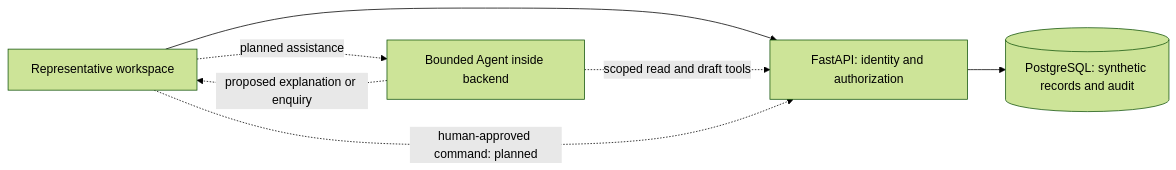
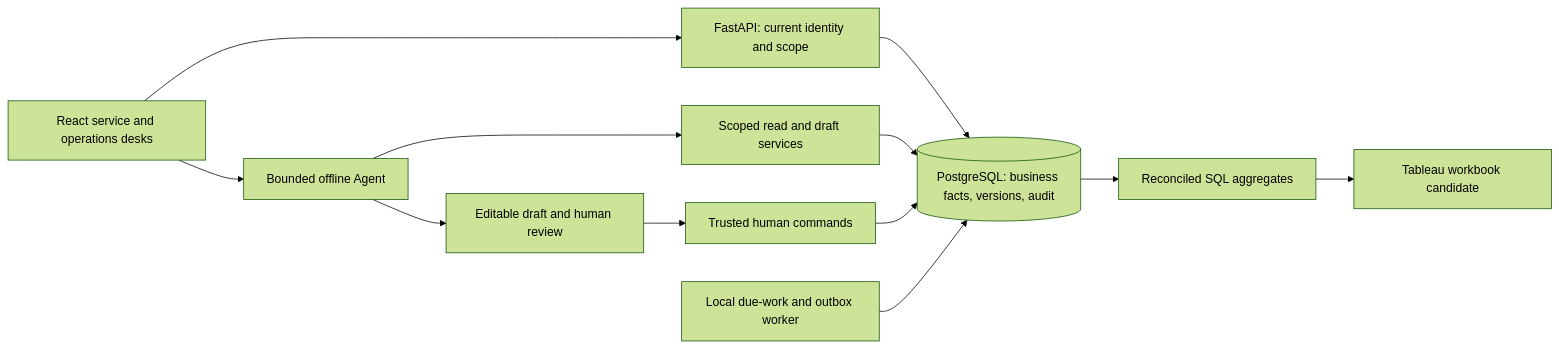
One commit to xc8609/service-agent-portfolio changed the diagram in docs/architecture.md. Above: the diagram before and after it, drawn with Mermaid (forest theme). The commit also changed other lines of this file and 43 other files, not shown here.

First line of the commit message:
DEV-10: Reconciled operational marts and Tableau workbook candidate (#12)

````diff
--- a/docs/architecture.md
+++ b/docs/architecture.md
@@ -9,9 +9,14 @@
 ```mermaid
 flowchart LR
-    UI[Representative workspace] --> API[FastAPI: identity and authorization]
-    API --> DB[(PostgreSQL: synthetic records and audit)]
-    UI -. planned assistance .-> AG[Bounded Agent inside backend]
-    AG -. scoped read and draft tools .-> API
-    AG -. proposed explanation or enquiry .-> UI
-    UI -. human-approved command: planned .-> API
+    UI[React service and operations desks] --> API[FastAPI: current identity and scope]
+    API --> DB[(PostgreSQL: business facts, versions, audit)]
+    UI --> AG[Bounded offline Agent]
+    AG --> TOOLS[Scoped read and draft services]
+    TOOLS --> DB
+    AG --> REVIEW[Editable draft and human review]
+    REVIEW --> CMD[Trusted human commands]
+    CMD --> DB
+    WORKER[Local due-work and outbox worker] --> DB
+    DB --> SQL[Reconciled SQL aggregates]
+    SQL --> TWB[Tableau workbook candidate]
 ```
````
